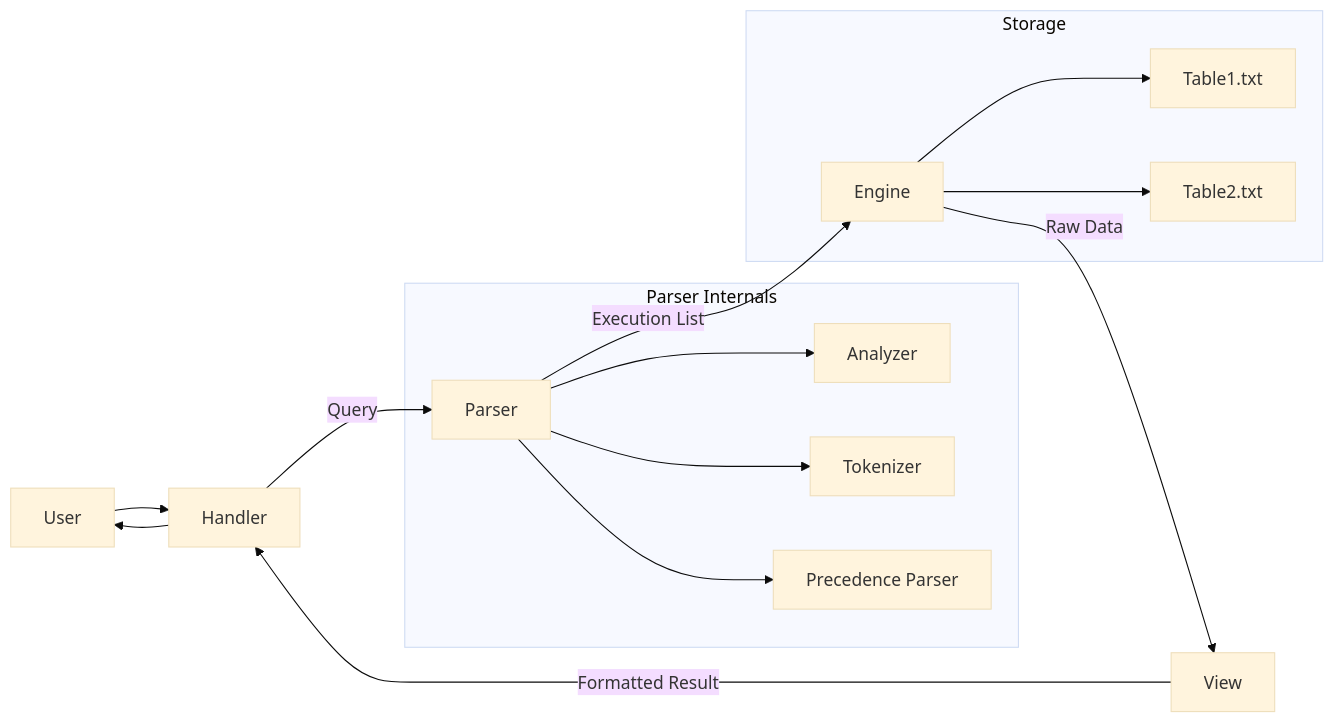
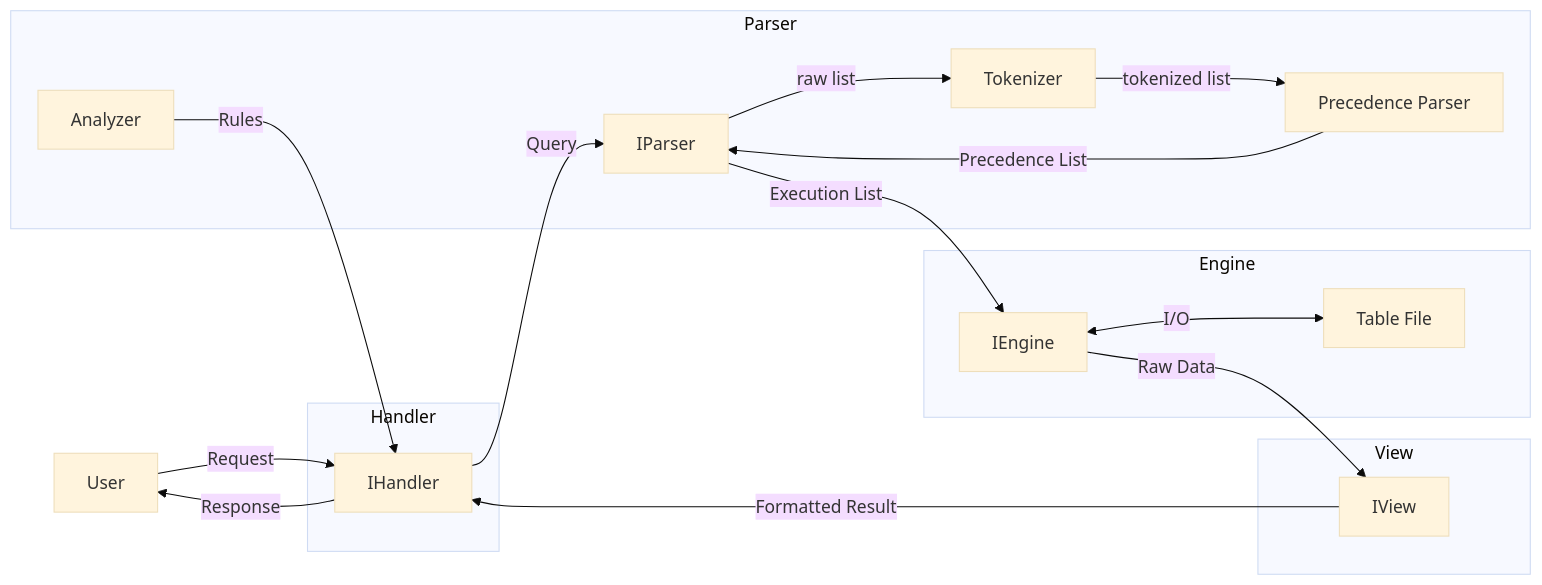
The diagram in README.md (Flu-iid/blankDB), drawn with Mermaid (base theme) before and after one commit. The commit also changed other lines of this file, not shown here.

````diff
--- a/README.md
+++ b/README.md
@@ -20,20 +15,29 @@
 ```mermaid
 graph LR
-    U[User] --> H[Handler]
-    H -->|Query| P[Parser]
-    P -->|Execution List| E[Engine]
-    E -->|Raw Data| V[View]
+    U[User] --> |Request|H[IHandler]
+    H -->|Query| P[IParser]
+    A --> |Rules|H
+    P -->|Execution List| E[IEngine]
+    E -->|Raw Data| V[IView]
     V -->|Formatted Result| H
-    H --> U
+    H --> |Response|U
 
-    subgraph Parser Internals
-        P --> A[Analyzer]
-        P --> T[Tokenizer]
-        P --> PP[Precedence Parser]
+    subgraph Parser
+        A[Analyzer]
+        P --> |raw list|T[Tokenizer]
+        T --> |tokenized list|PP
+        PP[Precedence Parser] --> |Precedence List| P
     end
 
-    subgraph Storage
-        E --> T1[Table1.txt]
-        E --> T2[Table2.txt]
+    subgraph Engine
+        E <--> |I/O|T1[Table File]
+    end
+
+    subgraph View
+        V
+    end
+
+    subgraph Handler
+        H
     end
 ```
````
